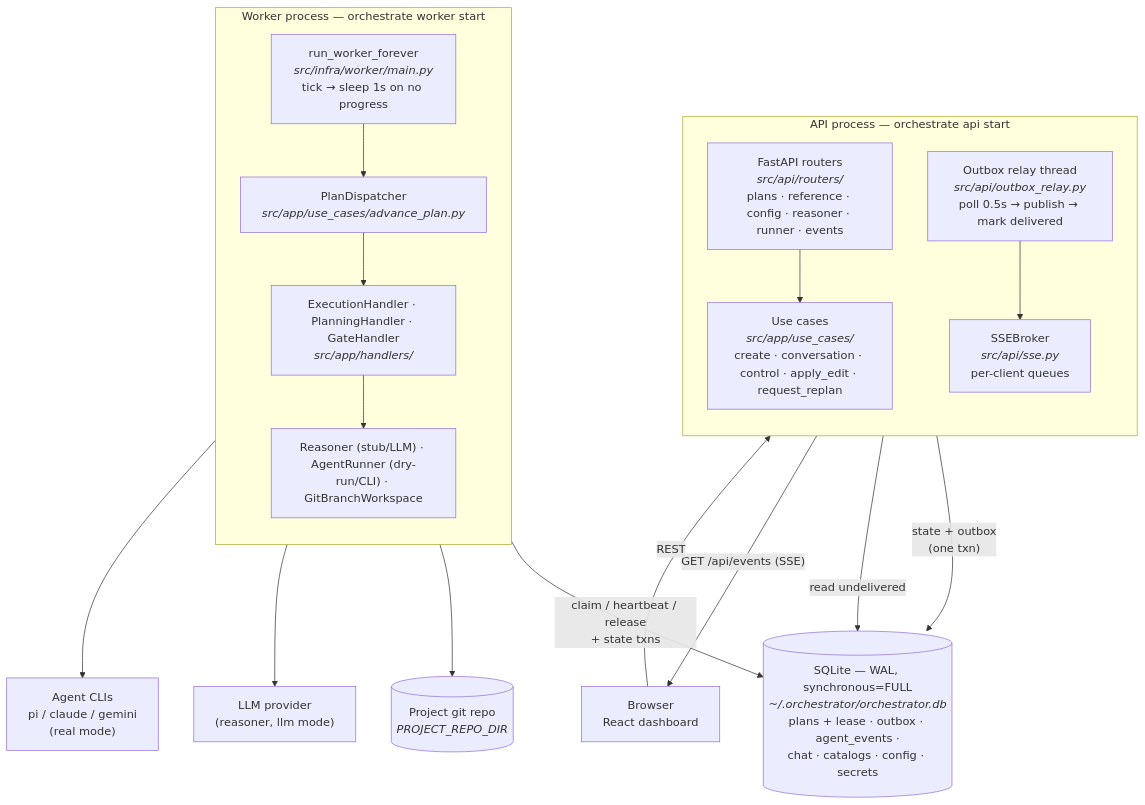
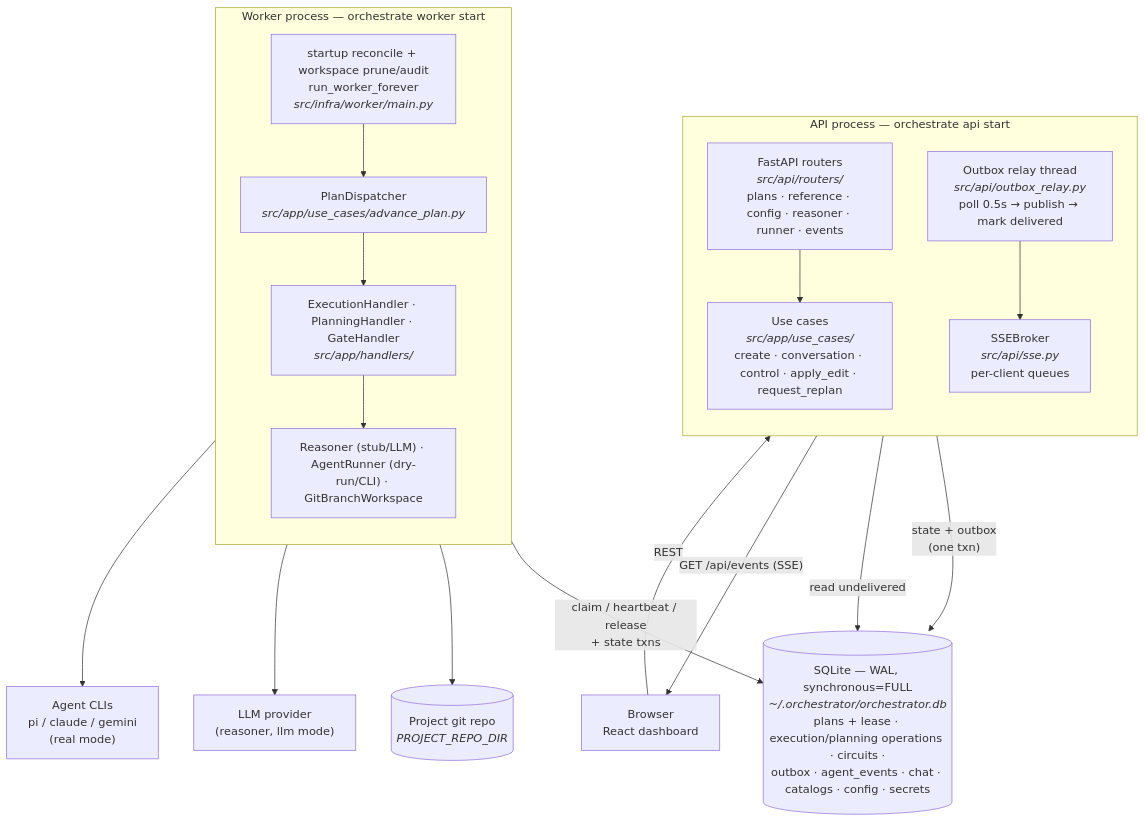
Before and after one commit to guilhermeUpToTask/agent-orchestrator-prototype: the first of 2 diagrams in docs/architecture/overview.md, drawn with Mermaid. The commit also changed other lines of this file and 268 other files, not shown here.

````diff
--- a/docs/architecture/overview.md
+++ b/docs/architecture/overview.md
@@ -11,37 +11,37 @@
 ```mermaid
 flowchart TB
     subgraph apiproc["API process — orchestrate api start"]
         direction TB
         routers["FastAPI routers<br/><i>src/api/routers/</i><br/>plans · reference · config · reasoner · runner · events"]
         usecases1["Use cases<br/><i>src/app/use_cases/</i><br/>create · conversation · control · apply_edit · request_replan"]
         broker["SSEBroker<br/><i>src/api/sse.py</i><br/>per-client queues"]
         relaythread["Outbox relay thread<br/><i>src/api/outbox_relay.py</i><br/>poll 0.5s → publish → mark delivered"]
         routers --> usecases1
     end
 
     subgraph workerproc["Worker process — orchestrate worker start"]
         direction TB
-        tick["run_worker_forever<br/><i>src/infra/worker/main.py</i><br/>tick → sleep 1s on no progress"]
+        tick["startup reconcile + workspace prune/audit<br/>run_worker_forever<br/><i>src/infra/worker/main.py</i>"]
         dispatch["PlanDispatcher<br/><i>src/app/use_cases/advance_plan.py</i>"]
         handlers["ExecutionHandler · PlanningHandler · GateHandler<br/><i>src/app/handlers/</i>"]
         adapters["Reasoner (stub/LLM) · AgentRunner (dry-run/CLI) · GitBranchWorkspace"]
         tick --> dispatch --> handlers --> adapters
     end
 
-    db[("SQLite — WAL, synchronous=FULL<br/><i>~/.orchestrator/orchestrator.db</i><br/>plans + lease · outbox · agent_events ·<br/>chat · catalogs · config · secrets")]
+    db[("SQLite — WAL, synchronous=FULL<br/><i>~/.orchestrator/orchestrator.db</i><br/>plans + lease · execution/planning operations · circuits ·<br/>outbox · agent_events · chat · catalogs · config · secrets")]
 
     browser["Browser<br/>React dashboard"]
     repo[("Project git repo<br/><i>PROJECT_REPO_DIR</i>")]
     llm["LLM provider<br/>(reasoner, llm mode)"]
     clis["Agent CLIs<br/>pi / claude / gemini<br/>(real mode)"]
 
     usecases1 -- "state + outbox<br/>(one txn)" --> db
     relaythread -- "read undelivered" --> db
     relaythread --> broker
     broker -- "GET /api/events (SSE)" --> browser
     browser -- REST --> routers
     tick -- "claim / heartbeat / release<br/>+ state txns" --> db
     adapters --> repo
     adapters --> llm
     adapters --> clis
 ```
````
